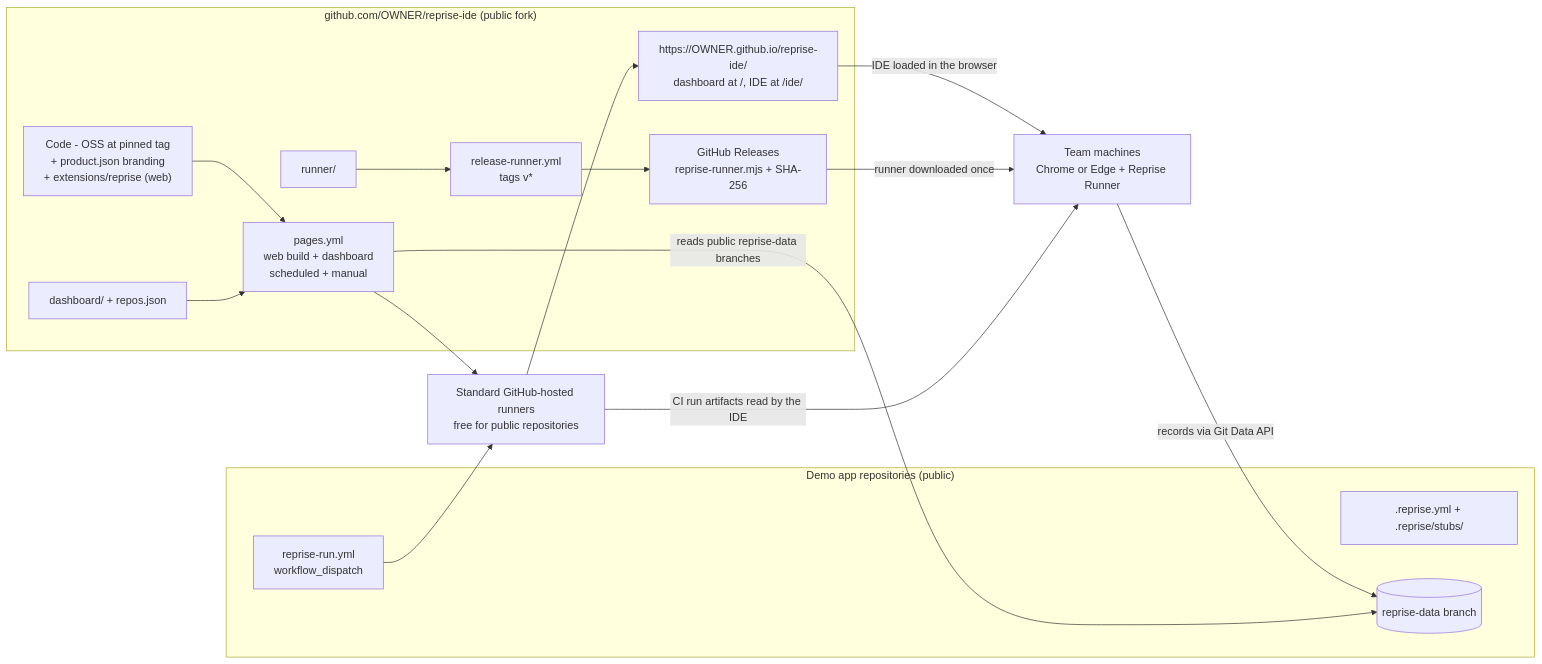
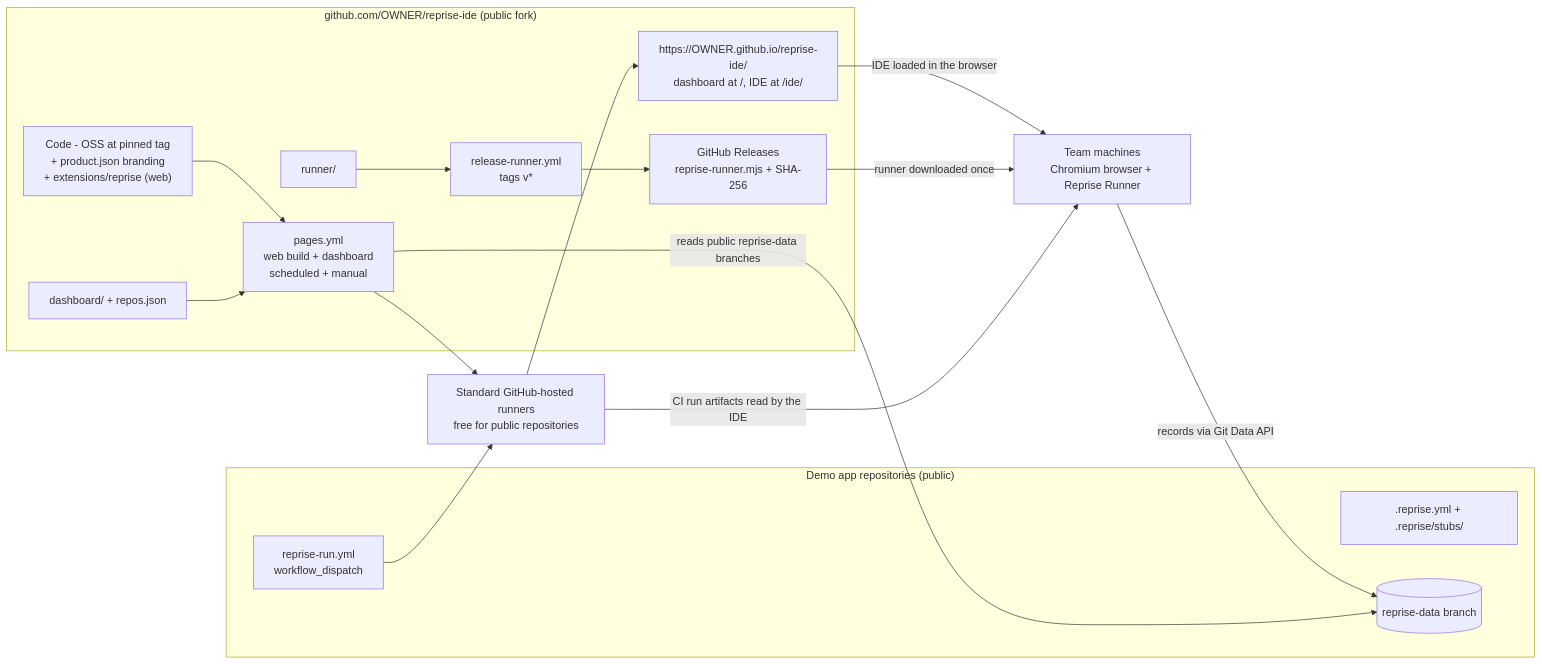
Before and after one commit to karlphoenixcornilla/ibm-hackathon-2026: the diagram in docs/kit/01-architecture/diagrams/deployment.mmd, drawn with Mermaid. The commit also changed 17 other files, not shown here.

```diff
--- a/docs/kit/01-architecture/diagrams/deployment.mmd
+++ b/docs/kit/01-architecture/diagrams/deployment.mmd
@@ -1,33 +1,33 @@
 %% Reprise IDE - zero-cost deployment (v3)
 flowchart LR
     subgraph IDE["github.com/OWNER/reprise-ide (public fork)"]
         src["Code - OSS at pinned tag<br/>+ product.json branding<br/>+ extensions/reprise (web)"]
         runnerSrc["runner/"]
         dash["dashboard/ + repos.json"]
         wfp["pages.yml<br/>web build + dashboard<br/>scheduled + manual"]
         wfr2["release-runner.yml<br/>tags v*"]
         rel["GitHub Releases<br/>reprise-runner.mjs + SHA-256"]
         site["https://OWNER.github.io/reprise-ide/<br/>dashboard at /, IDE at /ide/"]
     end
 
     subgraph APPS["Demo app repositories (public)"]
         cfg[".reprise.yml + .reprise/stubs/"]
         wfr["reprise-run.yml<br/>workflow_dispatch"]
         dataB[("reprise-data branch")]
     end
 
     runners["Standard GitHub-hosted runners<br/>free for public repositories"]
-    machines["Team machines<br/>Chrome or Edge + Reprise Runner"]
+    machines["Team machines<br/>Chromium browser + Reprise Runner"]
 
     src --> wfp
     dash --> wfp
     wfp --> runners
     runners --> site
     runnerSrc --> wfr2
     wfr2 --> rel
     site -->|IDE loaded in the browser| machines
     rel -->|runner downloaded once| machines
     wfr --> runners
     machines -->|records via Git Data API| dataB
     runners -->|CI run artifacts read by the IDE| machines
     wfp -->|reads public reprise-data branches| dataB
```
